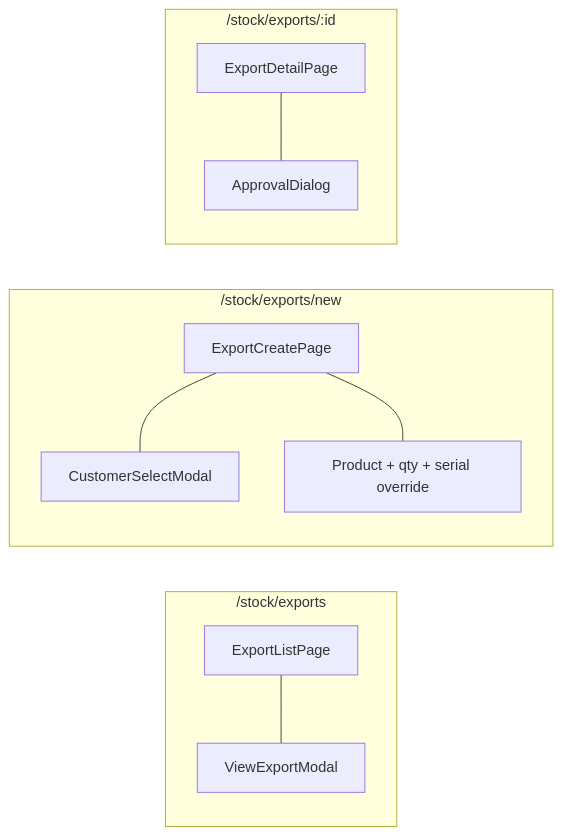
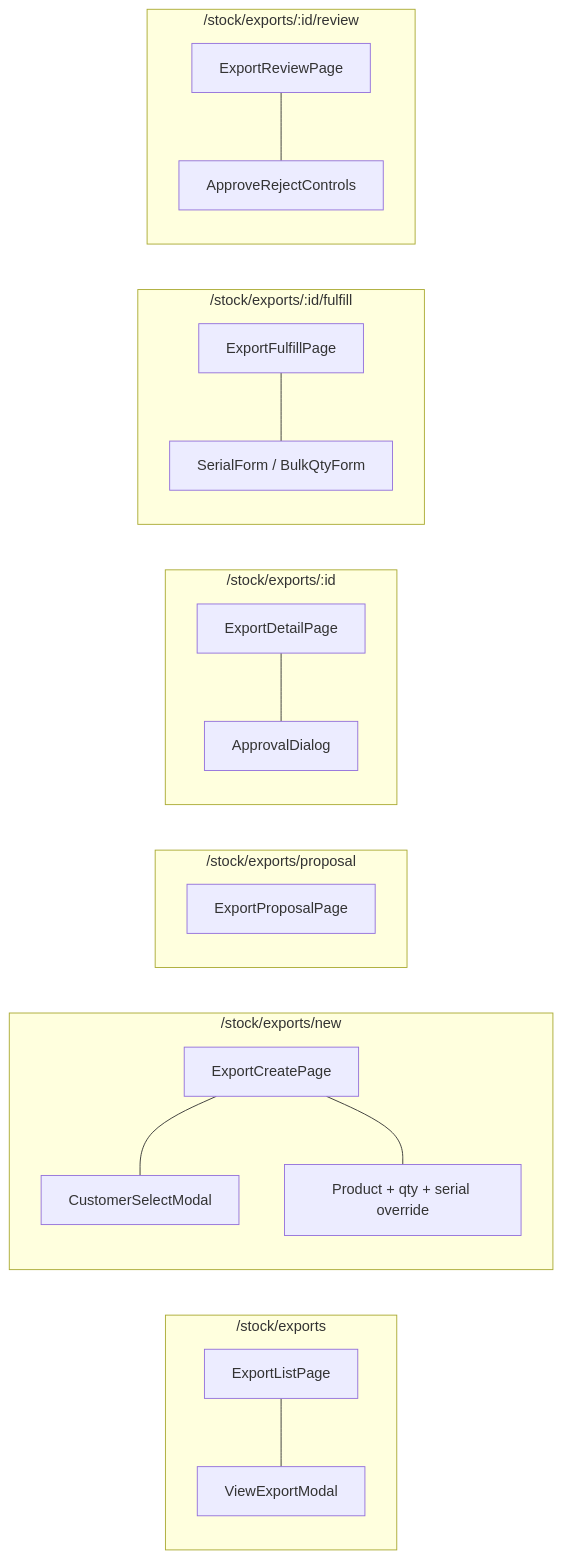
The third of 3 diagrams in docs/flows/export-flow.md (Java-Inventory-Management-System/Projects), drawn with Mermaid before and after one commit. The commit also changed other lines of this file and 19 other files, not shown here.

First line of the commit message:
docs: remove warranty module, add export reject/fulfill/getUnits flow

````diff
--- a/docs/flows/export-flow.md
+++ b/docs/flows/export-flow.md
@@ -103,13 +139,22 @@
 ```mermaid
 flowchart LR
     subgraph "/stock/exports"
         EL[ExportListPage] --- VM[ViewExportModal]
     end
     subgraph "/stock/exports/new"
         EC[ExportCreatePage] --- CSM[CustomerSelectModal]
         EC --- FORM[Product + qty + serial override]
     end
+    subgraph "/stock/exports/proposal"
+        EP[ExportProposalPage]
+    end
     subgraph "/stock/exports/:id"
-        ED[ExportDetailPage] --- AP[ApprovalDialog]
+        ED[ExportDetailPage] --- AD[ApprovalDialog]
+    end
+    subgraph "/stock/exports/:id/fulfill"
+        EF[ExportFulfillPage] --- SF[SerialForm / BulkQtyForm]
+    end
+    subgraph "/stock/exports/:id/review"
+        ER[ExportReviewPage] --- AP[ApproveRejectControls]
     end
 ```
````
